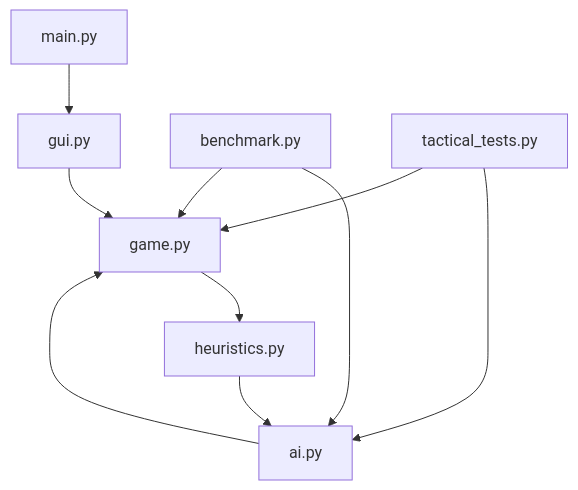
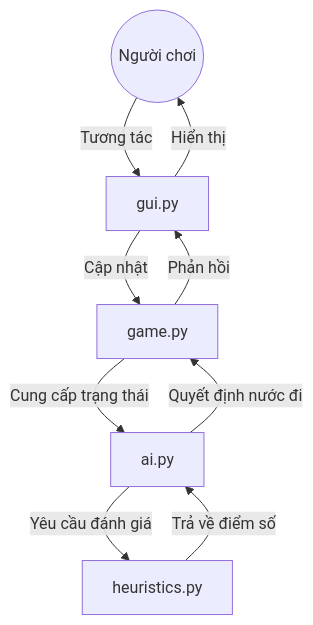
Before and after one commit to CodeingOver/CocaroGamePython: the first of 3 diagrams in docs/architecture.md, drawn with Mermaid. The commit also changed other lines of this file and 3 other files, not shown here.

````diff
--- a/docs/architecture.md
+++ b/docs/architecture.md
@@ -77,12 +62,11 @@
 ```mermaid
 graph TD
-    A[main.py] --> B[gui.py]
-    B --> D[game.py]
-    D --> E[heuristics.py]
-    E --> F[ai.py]
-    F --> D
-    G[benchmark.py] --> F
-    G --> D
-    H[tactical_tests.py] --> F
-    H --> D
+    User((Người chơi)) -->|Tương tác| GUI[gui.py]
+    GUI -->|Cập nhật| Game[game.py]
+    Game -->|Cung cấp trạng thái| AI[ai.py]
+    AI -->|Yêu cầu đánh giá| Heuristic[heuristics.py]
+    Heuristic -->|Trả về điểm số| AI
+    AI -->|Quyết định nước đi| Game
+    Game -->|Phản hồi| GUI
+    GUI -->|Hiển thị| User
 ```
````
